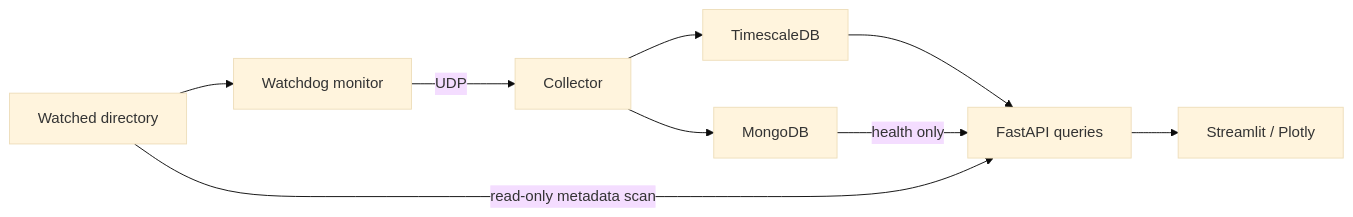
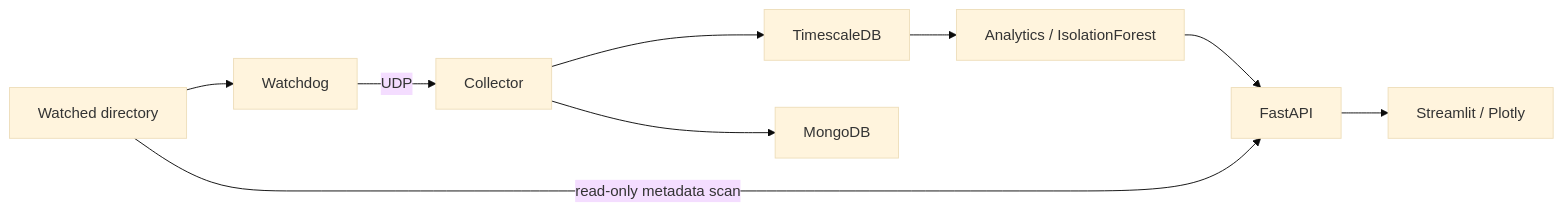
Before and after one commit to EngAbdelrahmanMagdi/filepulse-python-timeseries-analytics: the diagram in README.md, drawn with Mermaid (base theme). The commit also changed other lines of this file and 22 other files, not shown here.

````diff
--- a/README.md
+++ b/README.md
@@ -133,11 +16,11 @@
 ```mermaid
 flowchart LR
-  Files[Watched directory] --> Monitor[Watchdog monitor]
-  Monitor -->|UDP| Collector
+  Files[Watched directory] --> Watchdog
+  Watchdog -->|UDP| Collector
   Collector --> TimescaleDB
   Collector --> MongoDB
-  TimescaleDB --> API[FastAPI queries]
-  MongoDB -->|health only| API
+  TimescaleDB --> Analytics[Analytics / IsolationForest]
+  Analytics --> API[FastAPI]
   Files -->|read-only metadata scan| API
   API --> Dashboard[Streamlit / Plotly]
 ```
````
